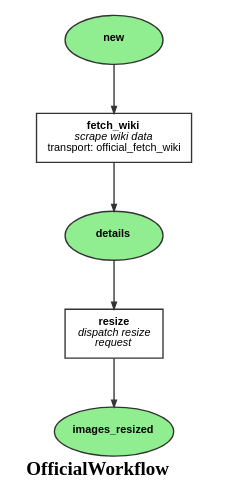
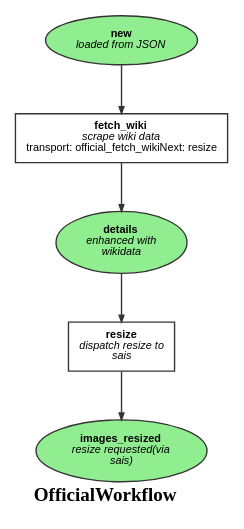
The diagram in doc/OfficialWorkflow.dot (survos-sites/dt-demo), drawn with Graphviz before and after one commit. The commit also changed 4 other files, not shown here.

```diff
--- a/doc/OfficialWorkflow.dot
+++ b/doc/OfficialWorkflow.dot
@@ -1,15 +1,15 @@
 digraph workflow {
   ratio="compress" rankdir="TB" label=<<B>OfficialWorkflow</B>>
   node [fontsize="8" fontname="Arial" color="#333333" fillcolor="lightgreen" fixedsize="false" width="1"];
   edge [fontsize="7" fontname="Arial" color="#333333" arrowhead="normal" arrowsize="0.5"];
 
-  place_new [label=<<B>new</B>>, shape=oval fillcolor="lightgreen" style="filled"];
-  place_details [label=<<B>details</B>>, shape=oval fillcolor="lightgreen" style="filled"];
-  place_images_resized [label=<<B>images_resized</B>>, shape=oval fillcolor="lightgreen" style="filled"];
-  transition_0 [label=<<B>fetch_wiki</B><BR/><I>scrape wiki data</I><BR/>transport: official_fetch_wiki>, shape="box" regular=""];
-  transition_1 [label=<<B>resize</B><BR/><I>dispatch resize<BR/>request</I>>, shape="box" regular=""];
+  place_new [label=<<B>new</B><BR/><I>loaded from JSON</I>>, shape=oval fillcolor="lightgreen" style="filled"];
+  place_details [label=<<B>details</B><BR/><I>enhanced with<BR/>wikidata</I>>, shape=oval fillcolor="lightgreen" style="filled"];
+  place_images_resized [label=<<B>images_resized</B><BR/><I>resize requested(via<BR/>sais)</I>>, shape=oval fillcolor="lightgreen" style="filled"];
+  transition_0 [label=<<B>fetch_wiki</B><BR/><I>scrape wiki data</I><BR/>transport: official_fetch_wikiNext: resize>, shape="box" regular=""];
+  transition_1 [label=<<B>resize</B><BR/><I>dispatch resize to<BR/>sais</I>>, shape="box" regular=""];
   place_new -> transition_0 [style="solid", comment="new"];
   transition_0 -> place_details [style="solid"];
   place_details -> transition_1 [style="solid", comment="details"];
   transition_1 -> place_images_resized [style="solid"];
 }
```
